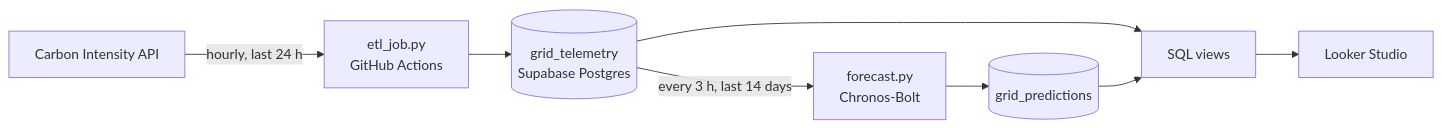
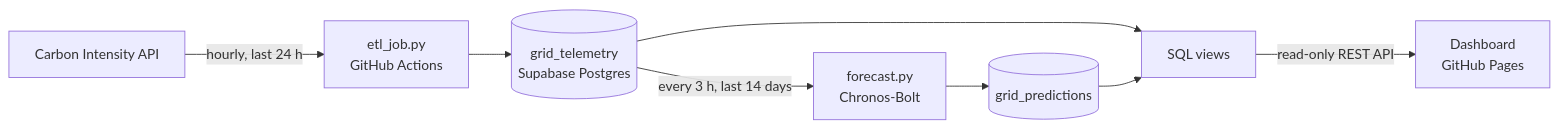
One commit to Jfor12/energy-stream-etl changed the diagram in README.md. Above: the diagram before and after it, drawn with Mermaid. The commit also changed other lines of this file and 15 other files, not shown here.

First line of the commit message:
Add a live dashboard to replace Looker Studio

````diff
--- a/README.md
+++ b/README.md
@@ -7,10 +7,10 @@
 ```mermaid
 flowchart LR
     API[Carbon Intensity API] -->|hourly, last 24 h| ETL[etl_job.py<br>GitHub Actions]
     ETL --> T[(grid_telemetry<br>Supabase Postgres)]
     T -->|every 3 h, last 14 days| F[forecast.py<br>Chronos-Bolt]
     F --> P[(grid_predictions)]
     T --> V[SQL views]
     P --> V
-    V --> L[Looker Studio]
+    V -->|read-only REST API| D[Dashboard<br>GitHub Pages]
 ```
````
